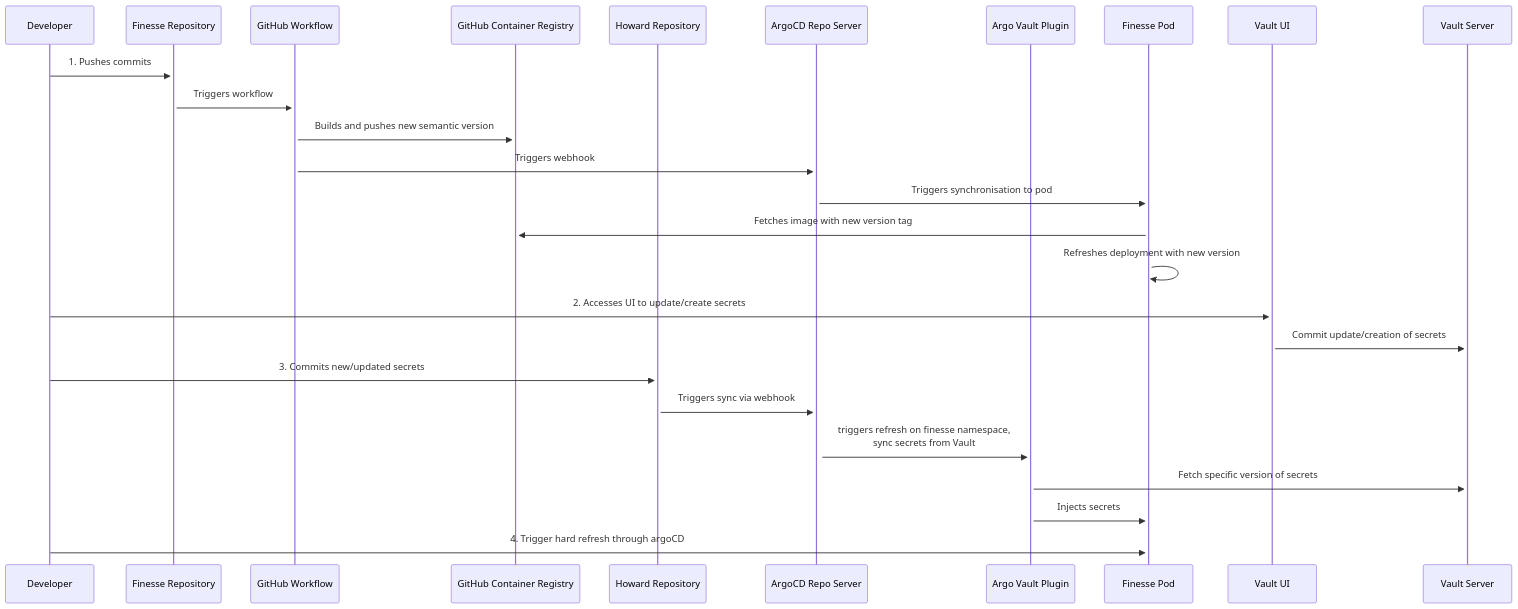
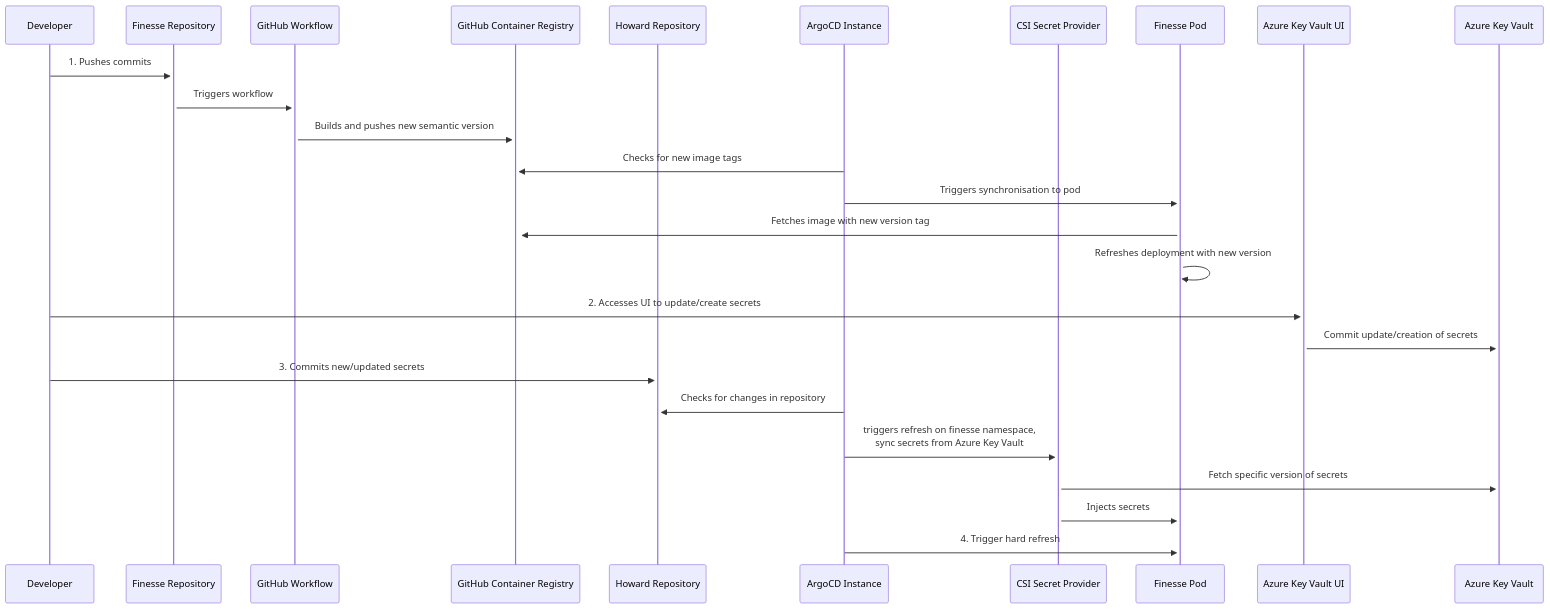
One commit to ai-cfia/howard changed the diagram in docs/en/secrets-management.md. Above: the diagram before and after it, drawn with Mermaid. The commit also changed other lines of this file and 2 other files, not shown here.

Commit message:
Updates documentation of secret management with Azure KV migration

````diff
--- a/docs/en/secrets-management.md
+++ b/docs/en/secrets-management.md
@@ -39,30 +36,29 @@
 ```mermaid
 sequenceDiagram
     participant Developer
     participant FinesseRepo as Finesse Repository
     participant GHWorkflow as GitHub Workflow
     participant ContainerReg as GitHub Container Registry
     participant HowardRepo as Howard Repository
-    participant ArgoRepoServer as ArgoCD Repo Server
-    participant ArgoVaultPlugin as Argo Vault Plugin
+    participant ArgoInstance as ArgoCD Instance
+    participant CSIProvider as CSI Secret Provider
     participant FinessePod as Finesse Pod
-
-    participant VaultUI as Vault UI
-    participant Vault as Vault Server
+    participant AzureKeyVaultUI as Azure Key Vault UI
+    participant AzureKeyVault as Azure Key Vault
 
     Developer->>+FinesseRepo: 1. Pushes commits
     FinesseRepo->>+GHWorkflow: Triggers workflow
     GHWorkflow->>+ContainerReg: Builds and pushes new semantic version
-    GHWorkflow->>+ArgoRepoServer: Triggers webhook
-    ArgoRepoServer->>+FinessePod: Triggers synchronisation to pod
+    ArgoInstance->>+ContainerReg: Checks for new image tags
+    ArgoInstance->>+FinessePod: Triggers synchronisation to pod
     FinessePod->>+ContainerReg: Fetches image with new version tag
     FinessePod->>+FinessePod: Refreshes deployment with new version
-    Developer->>+VaultUI: 2. Accesses UI to update/create secrets
-    VaultUI->>+Vault: Commit update/creation of secrets
+    Developer->>+AzureKeyVaultUI: 2. Accesses UI to update/create secrets
+    AzureKeyVaultUI->>+AzureKeyVault: Commit update/creation of secrets
     Developer->>+HowardRepo: 3. Commits new/updated secrets
-    HowardRepo->>+ArgoRepoServer: Triggers sync via webhook
-    ArgoRepoServer->>+ArgoVaultPlugin: triggers refresh on finesse namespace,<br> sync secrets from Vault
-    ArgoVaultPlugin->>+Vault: Fetch specific version of secrets
-    ArgoVaultPlugin->>+FinessePod: Injects secrets
-    Developer->>+FinessePod: 4. Trigger hard refresh through argoCD
+    ArgoInstance->>+HowardRepo: Checks for changes in repository
+    ArgoInstance->>+CSIProvider: triggers refresh on finesse namespace,<br> sync secrets from Azure Key Vault
+    CSIProvider->>+AzureKeyVault: Fetch specific version of secrets
+    CSIProvider->>+FinessePod: Injects secrets
+    ArgoInstance->>+FinessePod: 4. Trigger hard refresh
 ```
````
